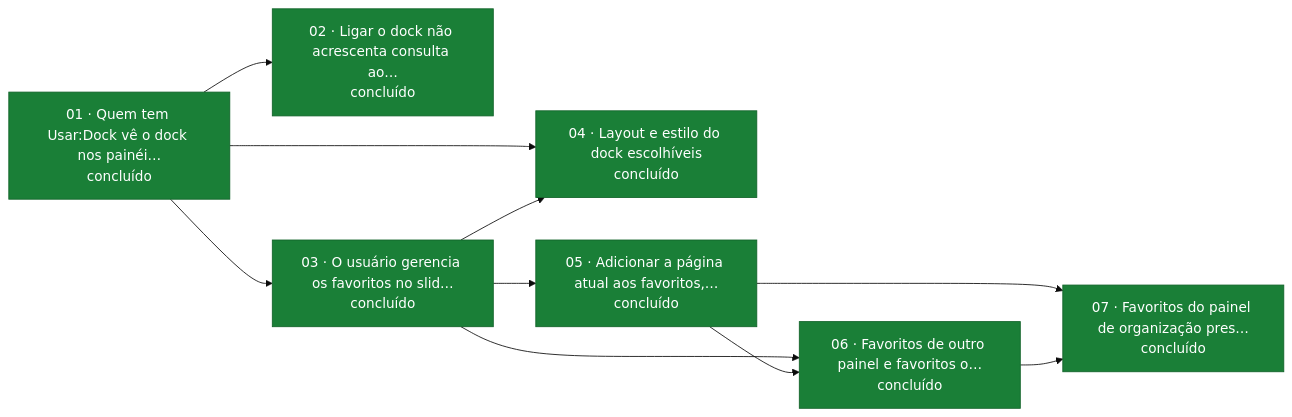
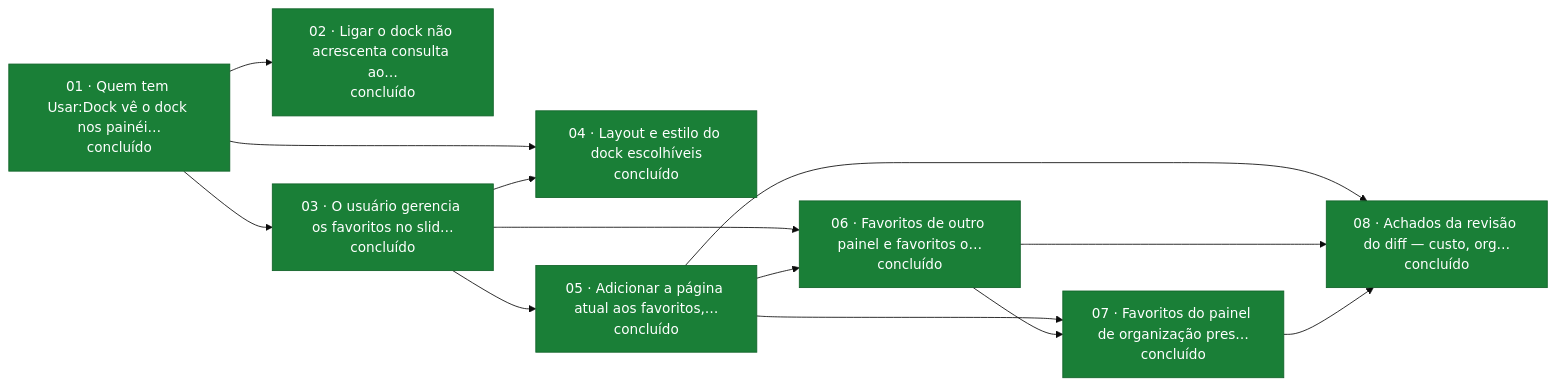
Before and after one commit to gsferro/filament-starter-kit-easy: the diagram in wikis/specs/main/dock-de-acoes-rapidas/07-tickets/README.md, drawn with Mermaid (base theme). The commit also changed other lines of this file and 12 other files, not shown here.

````diff
--- a/wikis/specs/main/dock-de-acoes-rapidas/07-tickets/README.md
+++ b/wikis/specs/main/dock-de-acoes-rapidas/07-tickets/README.md
@@ -38,21 +39,25 @@
 ```mermaid
 flowchart LR
   t01["01 · Quem tem Usar:Dock vê o dock nos painéi…<br/>concluído"]
   t02["02 · Ligar o dock não acrescenta consulta ao…<br/>concluído"]
   t03["03 · O usuário gerencia os favoritos no slid…<br/>concluído"]
   t04["04 · Layout e estilo do dock escolhíveis<br/>concluído"]
   t05["05 · Adicionar a página atual aos favoritos,…<br/>concluído"]
   t06["06 · Favoritos de outro painel e favoritos o…<br/>concluído"]
   t07["07 · Favoritos do painel de organização pres…<br/>concluído"]
+  t08["08 · Achados da revisão do diff — custo, org…<br/>concluído"]
   t01 --> t02
   t01 --> t03
   t01 --> t04
   t03 --> t04
   t03 --> t05
   t03 --> t06
   t05 --> t06
   t05 --> t07
   t06 --> t07
+  t05 --> t08
+  t06 --> t08
+  t07 --> t08
   classDef concluido fill:#1a7f37,stroke:#116329,color:#ffffff
-  class t01,t02,t03,t04,t05,t06,t07 concluido
+  class t01,t02,t03,t04,t05,t06,t07,t08 concluido
 ```
````
